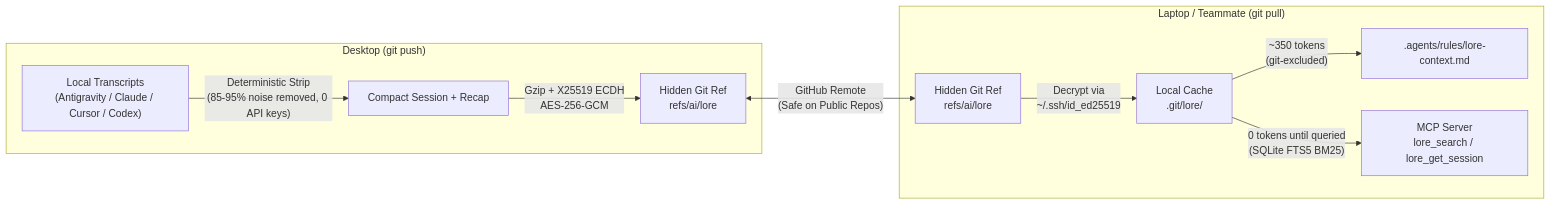
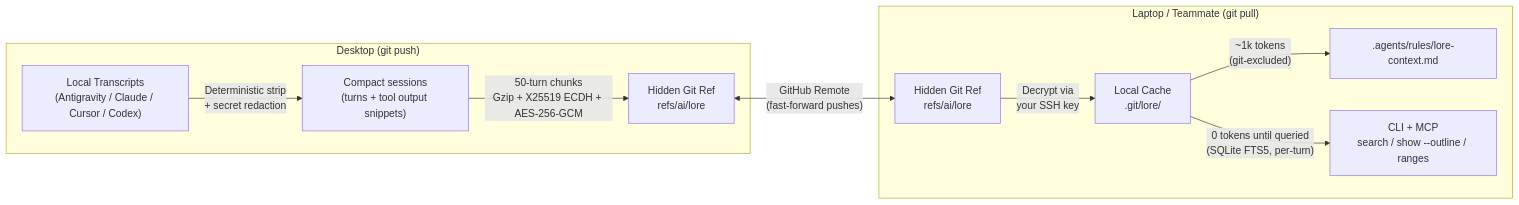
Before and after one commit to razamalik7/lore: the diagram in README.md, drawn with Mermaid. The commit also changed other lines of this file, not shown here.

Commit message:
docs: README for v0.1.5–v0.2.1 (handoff, turn navigation, redaction, sync model, upgrading)

````diff
--- a/README.md
+++ b/README.md
@@ -50,15 +76,15 @@
 ```mermaid
 flowchart LR
     subgraph DeviceA["Desktop (git push)"]
-        A1["Local Transcripts\n(Antigravity / Claude / Cursor / Codex)"] -->|"Deterministic Strip\n(85-95% noise removed, 0 API keys)"| A2["Compact Session + Recap"]
-        A2 -->|"Gzip + X25519 ECDH\nAES-256-GCM"| A3["Hidden Git Ref\nrefs/ai/lore"]
+        A1["Local Transcripts\n(Antigravity / Claude / Cursor / Codex)"] -->|"Deterministic strip\n+ secret redaction"| A2["Compact sessions\n(turns + tool output snippets)"]
+        A2 -->|"50-turn chunks\nGzip + X25519 ECDH + AES-256-GCM"| A3["Hidden Git Ref\nrefs/ai/lore"]
     end
 
-    A3 <-->|"GitHub Remote\n(Safe on Public Repos)"| B1["Hidden Git Ref\nrefs/ai/lore"]
+    A3 <-->|"GitHub Remote\n(fast-forward pushes)"| B1["Hidden Git Ref\nrefs/ai/lore"]
 
     subgraph DeviceB["Laptop / Teammate (git pull)"]
-        B1 -->|"Decrypt via\n~/.ssh/id_ed25519"| B2["Local Cache\n.git/lore/"]
-        B2 -->|"~350 tokens\n(git-excluded)"| B3[".agents/rules/lore-context.md"]
-        B2 -->|"0 tokens until queried\n(SQLite FTS5 BM25)"| B4["MCP Server\nlore_search / lore_get_session"]
+        B1 -->|"Decrypt via\nyour SSH key"| B2["Local Cache\n.git/lore/"]
+        B2 -->|"~1k tokens\n(git-excluded)"| B3[".agents/rules/lore-context.md"]
+        B2 -->|"0 tokens until queried\n(SQLite FTS5, per-turn)"| B4["CLI + MCP\nsearch / show --outline / ranges"]
     end
 ```
````
